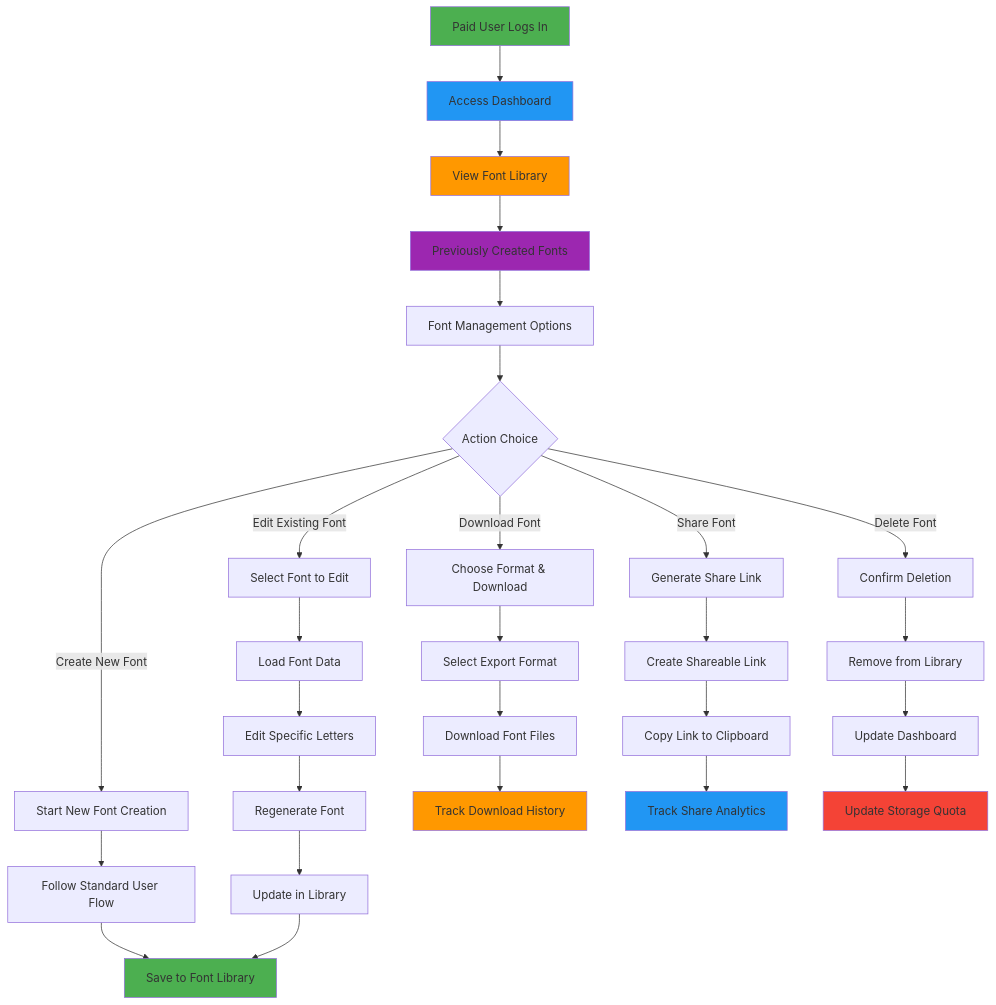
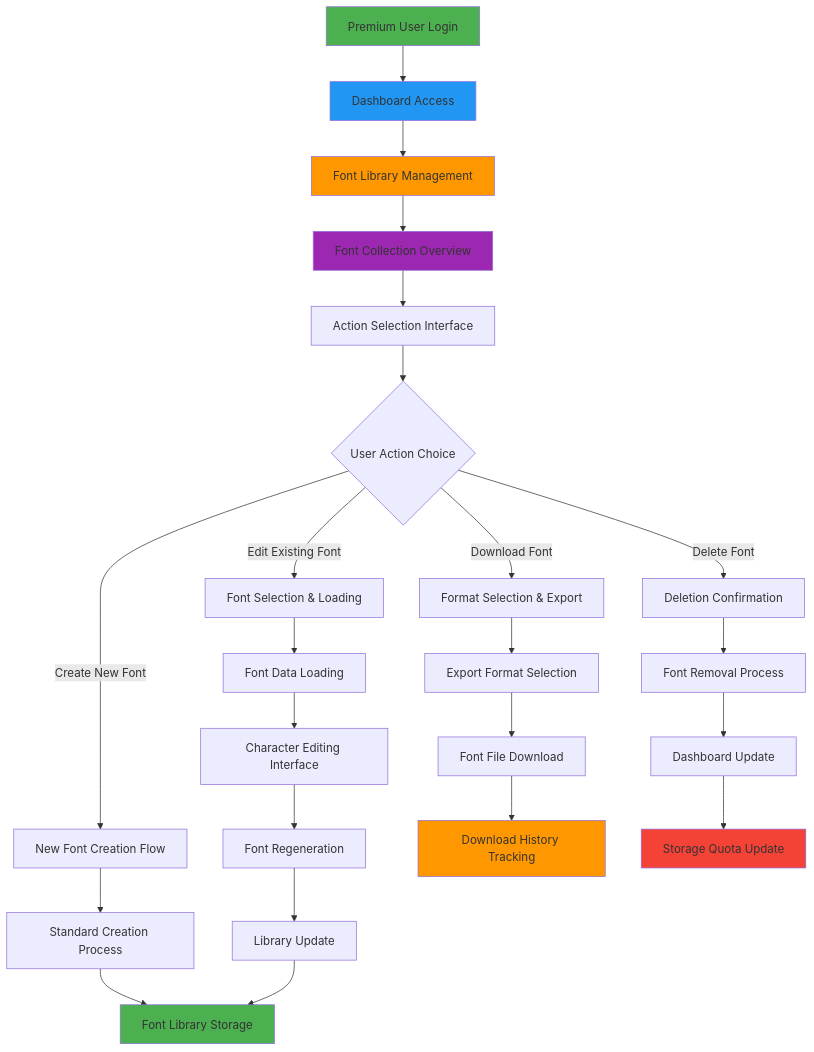
One commit to user-ahsan/hand-font changed the second of 2 diagrams in docs/prd.md. Above: the diagram before and after it, drawn with Mermaid. The commit also changed other lines of this file, not shown here.

````diff
--- a/docs/prd.md
+++ b/docs/prd.md
@@ -86,44 +113,38 @@
 ```mermaid
 flowchart TD
-    A[Paid User Logs In] --> B[Access Dashboard]
-    B --> C[View Font Library]
-    C --> D[Previously Created Fonts]
-    D --> E[Font Management Options]
-    E --> F{Action Choice}
+    A[Premium User Login] --> B[Dashboard Access]
+    B --> C[Font Library Management]
+    C --> D[Font Collection Overview]
+    D --> E[Action Selection Interface]
+    E --> F{User Action Choice}
     
-    F -->|Create New Font| G[Start New Font Creation]
-    F -->|Edit Existing Font| H[Select Font to Edit]
-    F -->|Download Font| I[Choose Format & Download]
-    F -->|Share Font| J[Generate Share Link]
-    F -->|Delete Font| K[Confirm Deletion]
+    F -->|Create New Font| G[New Font Creation Flow]
+    F -->|Edit Existing Font| H[Font Selection & Loading]
+    F -->|Download Font| I[Format Selection & Export]
+    F -->|Delete Font| J[Deletion Confirmation]
     
-    G --> L[Follow Standard User Flow]
-    H --> M[Load Font Data]
-    M --> N[Edit Specific Letters]
-    N --> O[Regenerate Font]
-    O --> P[Update in Library]
+    G --> K[Standard Creation Process]
+    H --> L[Font Data Loading]
+    L --> M[Character Editing Interface]
+    M --> N[Font Regeneration]
+    N --> O[Library Update]
     
-    I --> Q[Select Export Format]
-    Q --> R[Download Font Files]
+    I --> P[Export Format Selection]
+    P --> Q[Font File Download]
     
-    J --> S[Create Shareable Link]
-    S --> T[Copy Link to Clipboard]
+    J --> R[Font Removal Process]
+    R --> S[Dashboard Update]
     
-    K --> U[Remove from Library]
-    U --> V[Update Dashboard]
-    
-    L --> W[Save to Font Library]
-    P --> W
-    R --> X[Track Download History]
-    T --> Y[Track Share Analytics]
-    V --> Z[Update Storage Quota]
+    K --> T[Font Library Storage]
+    O --> T
+    Q --> U[Download History Tracking]
+    S --> V[Storage Quota Update]
     
     style A fill:#4caf50
     style B fill:#2196f3
     style C fill:#ff9800
     style D fill:#9c27b0
-    style W fill:#4caf50
-    style X fill:#ff9800
-    style Y fill:#2196f3
-    style Z fill:#f44336
+    style T fill:#4caf50
+    style U fill:#ff9800
+    style V fill:#f44336
 ```
````
